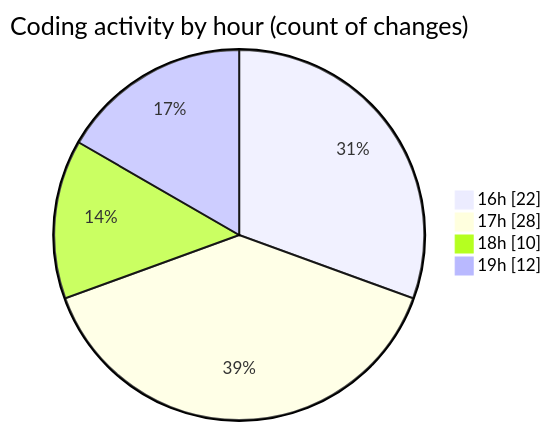
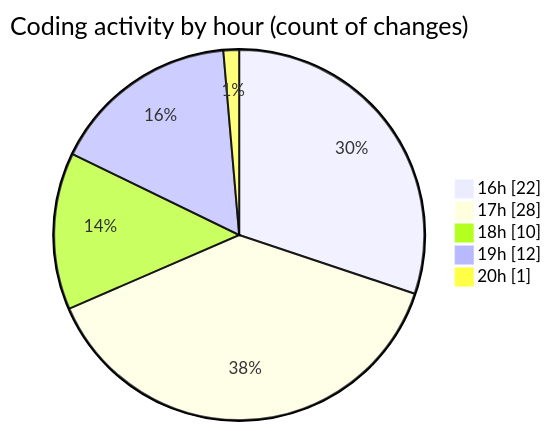
One commit to becaeroporto-bot/code-tracking changed the second of 2 diagrams in 2026-02-17/bot_v1_2/README.md. Above: the diagram before and after it, drawn with Mermaid. The commit also changed other lines of this file and 1 other file, not shown here.

````diff
--- a/2026-02-17/bot_v1_2/README.md
+++ b/2026-02-17/bot_v1_2/README.md
@@ -52,8 +52,9 @@
 ```mermaid
 pie showData
 title Coding activity by hour (count of changes)
 "16h" : 22
 "17h" : 28
 "18h" : 10
 "19h" : 12
+"20h" : 1
 ```
````
